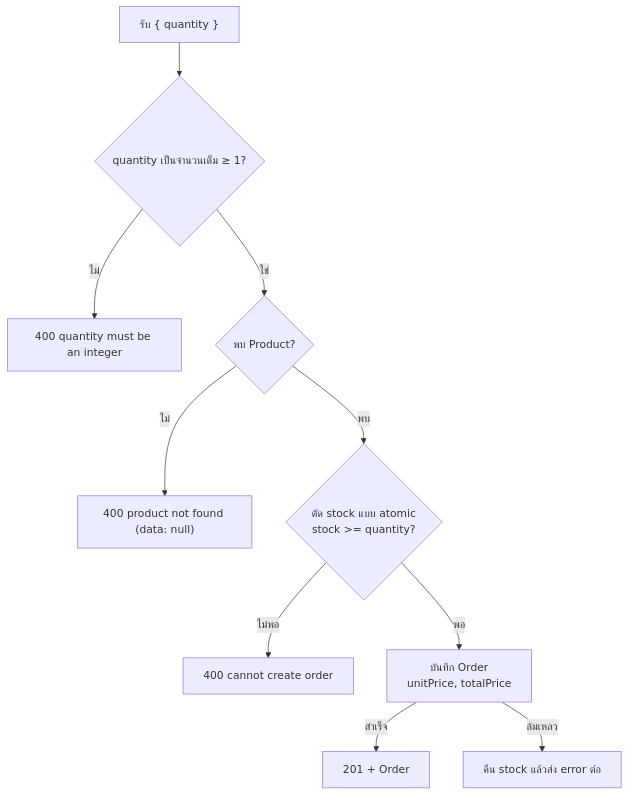
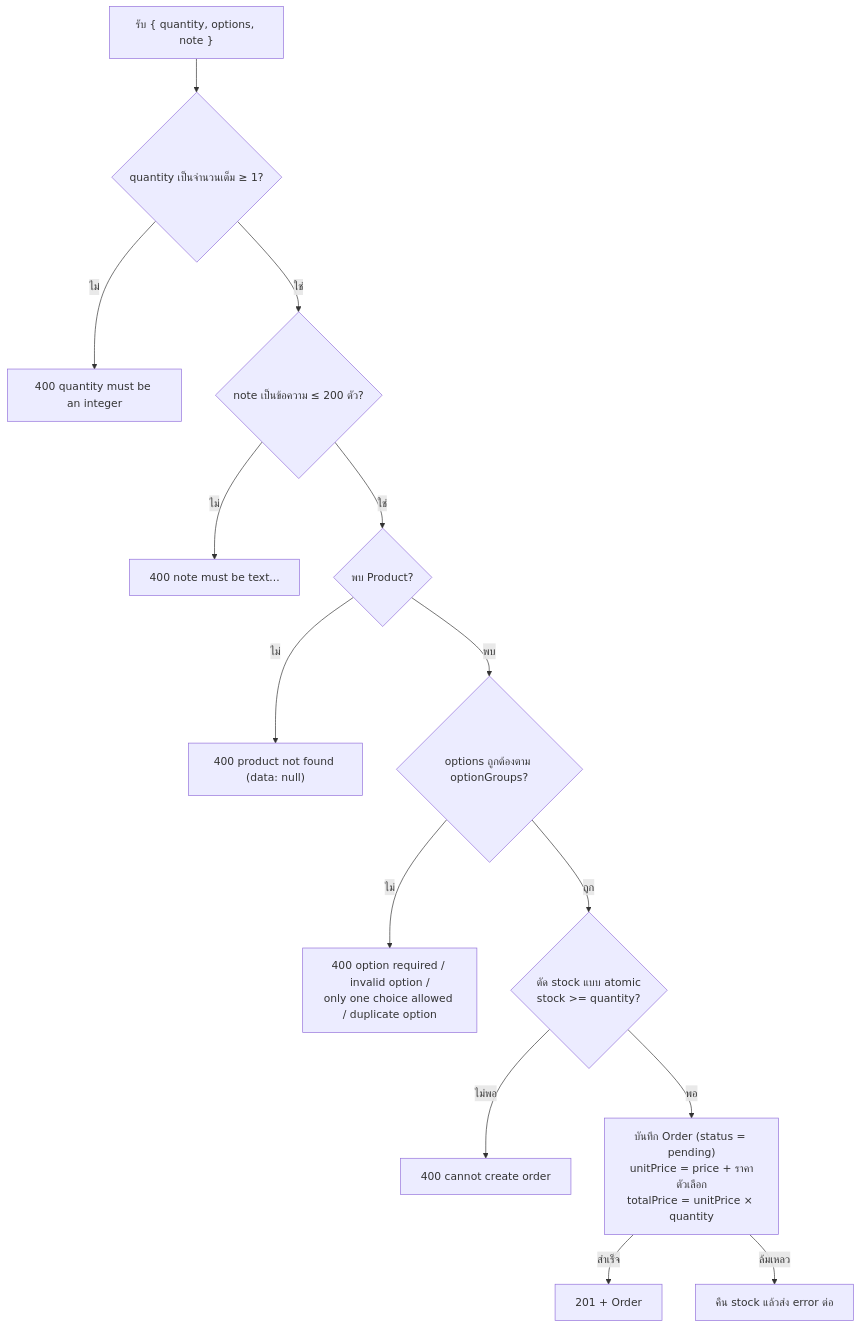
Before and after one commit to AT3rN4t1ve/Workshop: the third of 4 diagrams in README.md, drawn with Mermaid. The commit also changed other lines of this file and 2 other files, not shown here.

````diff
--- a/README.md
+++ b/README.md
@@ -95,12 +119,16 @@
 ```mermaid
 flowchart TD
-    S["รับ { quantity }"] --> Q{"quantity เป็นจำนวนเต็ม ≥ 1?"}
+    S["รับ { quantity, options, note }"] --> Q{"quantity เป็นจำนวนเต็ม ≥ 1?"}
     Q -- ไม่ --> E1["400 quantity must be an integer"]
-    Q -- ใช่ --> P{"พบ Product?"}
+    Q -- ใช่ --> N{"note เป็นข้อความ ≤ 200 ตัว?"}
+    N -- ไม่ --> E0["400 note must be text..."]
+    N -- ใช่ --> P{"พบ Product?"}
     P -- ไม่ --> E2["400 product not found (data: null)"]
-    P -- พบ --> U{"ตัด stock แบบ atomic<br/>stock >= quantity?"}
+    P -- พบ --> OP{"options ถูกต้องตาม optionGroups?"}
+    OP -- ไม่ --> E4["400 option required / invalid option /<br/>only one choice allowed / duplicate option"]
+    OP -- ถูก --> U{"ตัด stock แบบ atomic<br/>stock >= quantity?"}
     U -- ไม่พอ --> E3["400 cannot create order"]
-    U -- พอ --> O["บันทึก Order<br/>unitPrice, totalPrice"]
+    U -- พอ --> O["บันทึก Order (status = pending)<br/>unitPrice = price + ราคาตัวเลือก<br/>totalPrice = unitPrice × quantity"]
     O -- สำเร็จ --> OK["201 + Order"]
     O -- ล้มเหลว --> RB["คืน stock แล้วส่ง error ต่อ"]
 ```
````
